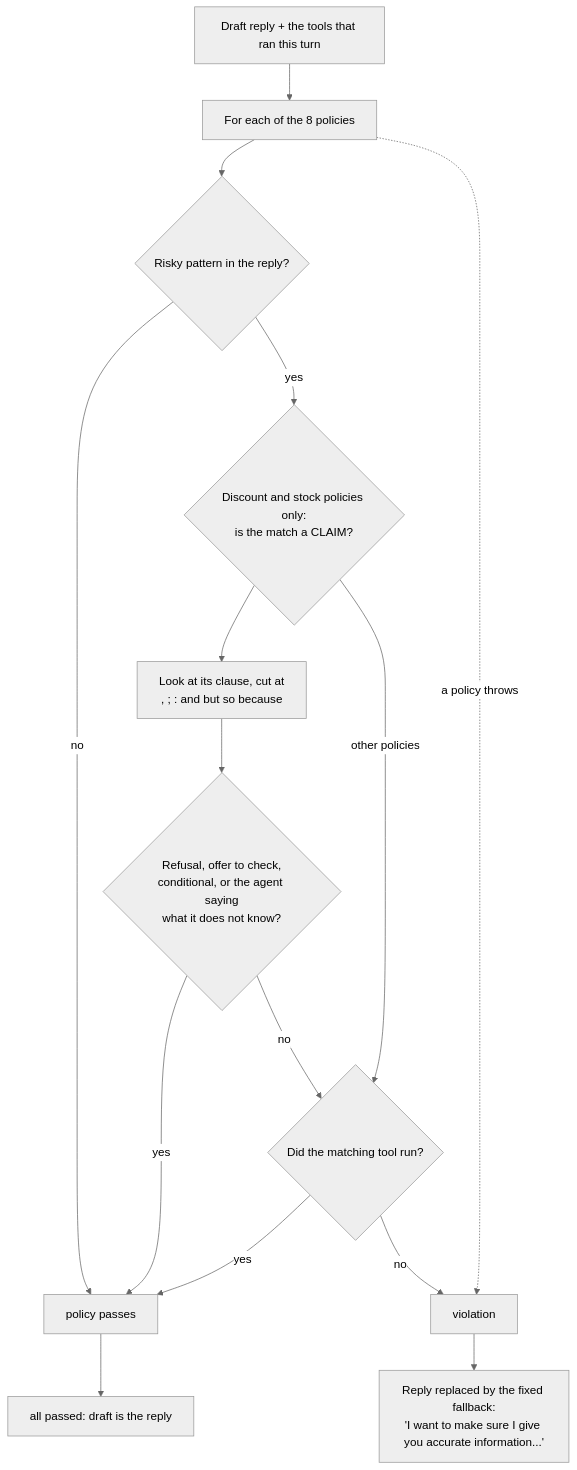
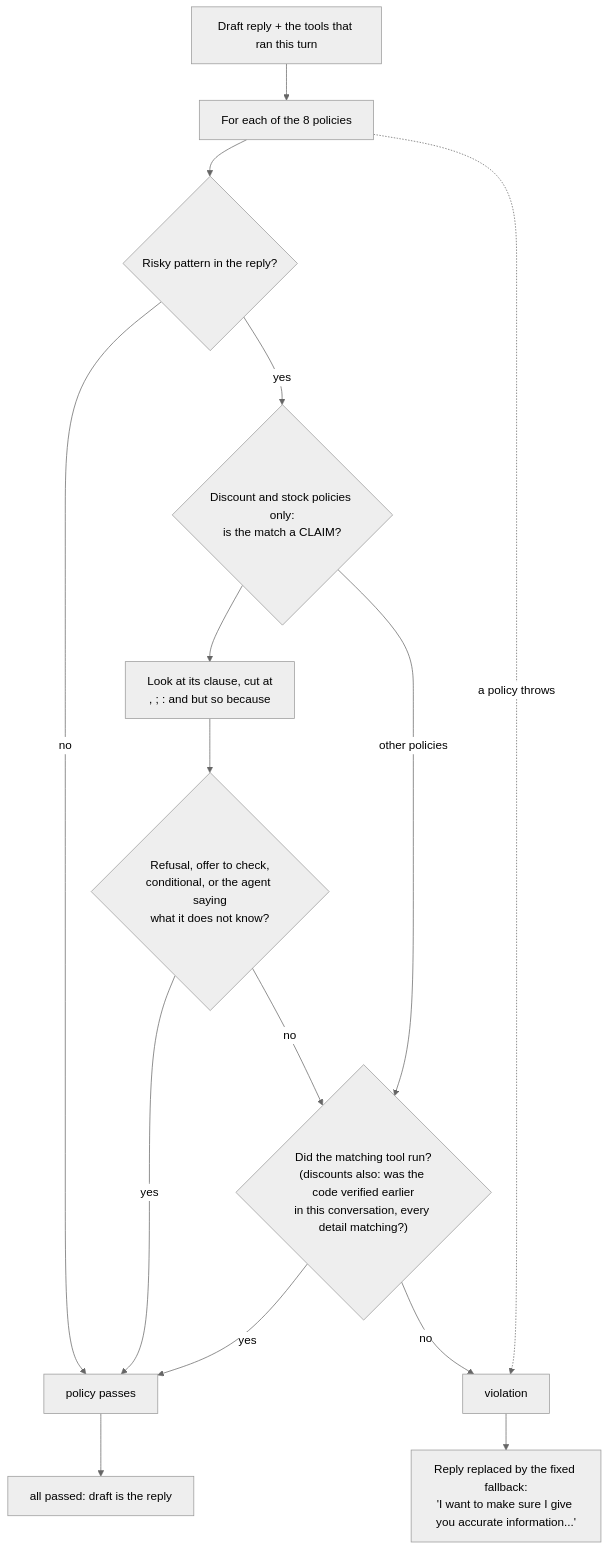
Before and after one commit to S-MOHAMMAD-SYED-SAMEER/sales-recovery-agent: the fifth of 5 diagrams in docs/ARCHITECTURE.md, drawn with Mermaid (neutral theme). The commit also changed other lines of this file and 6 other files, not shown here.

````diff
--- a/docs/ARCHITECTURE.md
+++ b/docs/ARCHITECTURE.md
@@ -183,17 +183,17 @@
 ```mermaid
 flowchart TD
     A["Draft reply + the tools that ran this turn"] --> B["For each of the 8 policies"]
     B --> C{"Risky pattern in the reply?"}
     C -- no --> OK["policy passes"]
     C -- yes --> D{"Discount and stock policies only:<br/>is the match a CLAIM?"}
     D --> E["Look at its clause, cut at<br/>, ; : and but so because"]
     E --> F{"Refusal, offer to check,<br/>conditional, or the agent saying<br/>what it does not know?"}
     F -- yes --> OK
-    F -- no --> G{"Did the matching tool run?"}
+    F -- no --> G{"Did the matching tool run?<br/>(discounts also: was the code verified earlier<br/>in this conversation, every detail matching?)"}
     D -- "other policies" --> G
     G -- yes --> OK
     G -- no --> V["violation"]
     V --> X["Reply replaced by the fixed fallback:<br/>'I want to make sure I give you accurate information...'"]
     OK --> Z["all passed: draft is the reply"]
     B -.->|"a policy throws"| V
 ```
````
